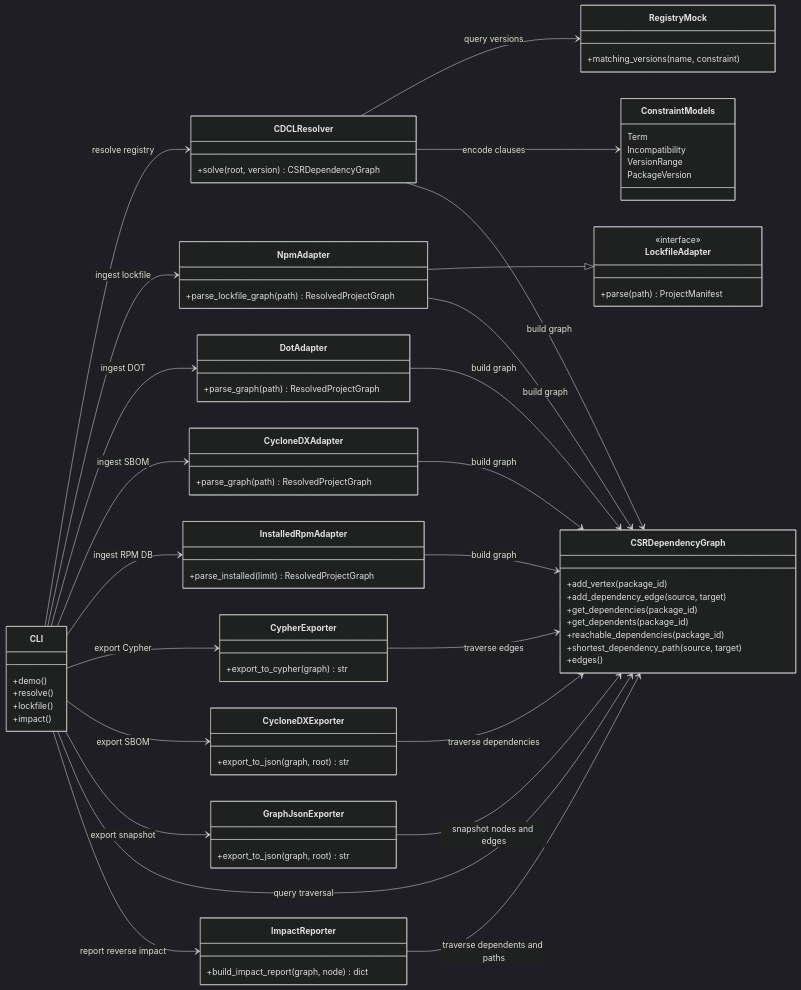
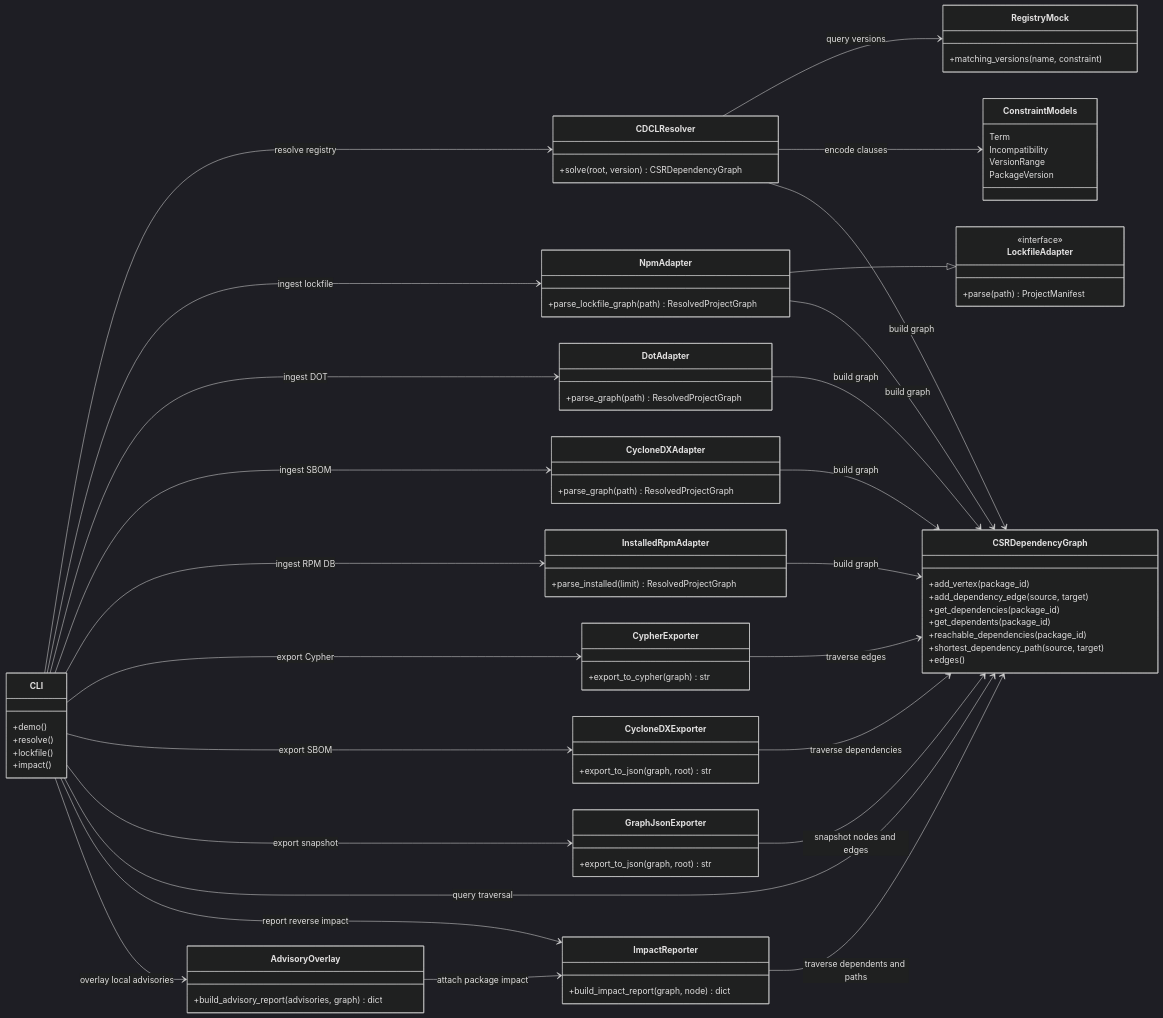
The first of 2 diagrams in README.md (xsub/EnterpriseLinux-SoftwareSupplyChain), drawn with Mermaid (dark theme) before and after one commit. The commit also changed other lines of this file and 8 other files, not shown here.

Commit message:
Add local advisory overlay reports

````diff
--- a/README.md
+++ b/README.md
@@ -162,6 +169,9 @@
 class ImpactReporter {
   +build_impact_report(graph, node) dict
 }
+class AdvisoryOverlay {
+  +build_advisory_report(advisories, graph) dict
+}
 class ConstraintModels {
   Term
   Incompatibility
@@ -186,8 +196,10 @@
 CLI --> GraphJsonExporter : export snapshot
 CLI --> CSRDependencyGraph : query traversal
 CLI --> ImpactReporter : report reverse impact
+CLI --> AdvisoryOverlay : overlay local advisories
 CypherExporter --> CSRDependencyGraph : traverse edges
 CycloneDXExporter --> CSRDependencyGraph : traverse dependencies
 GraphJsonExporter --> CSRDependencyGraph : snapshot nodes and edges
 ImpactReporter --> CSRDependencyGraph : traverse dependents and paths
+AdvisoryOverlay --> ImpactReporter : attach package impact
 ```
````
